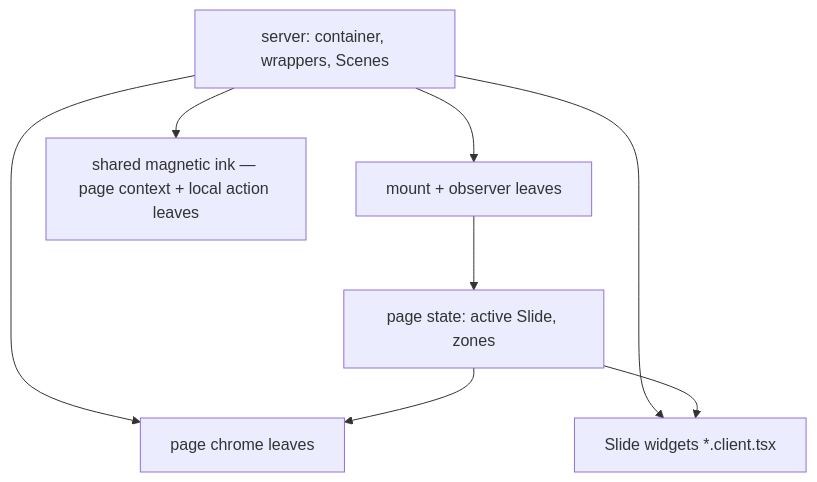
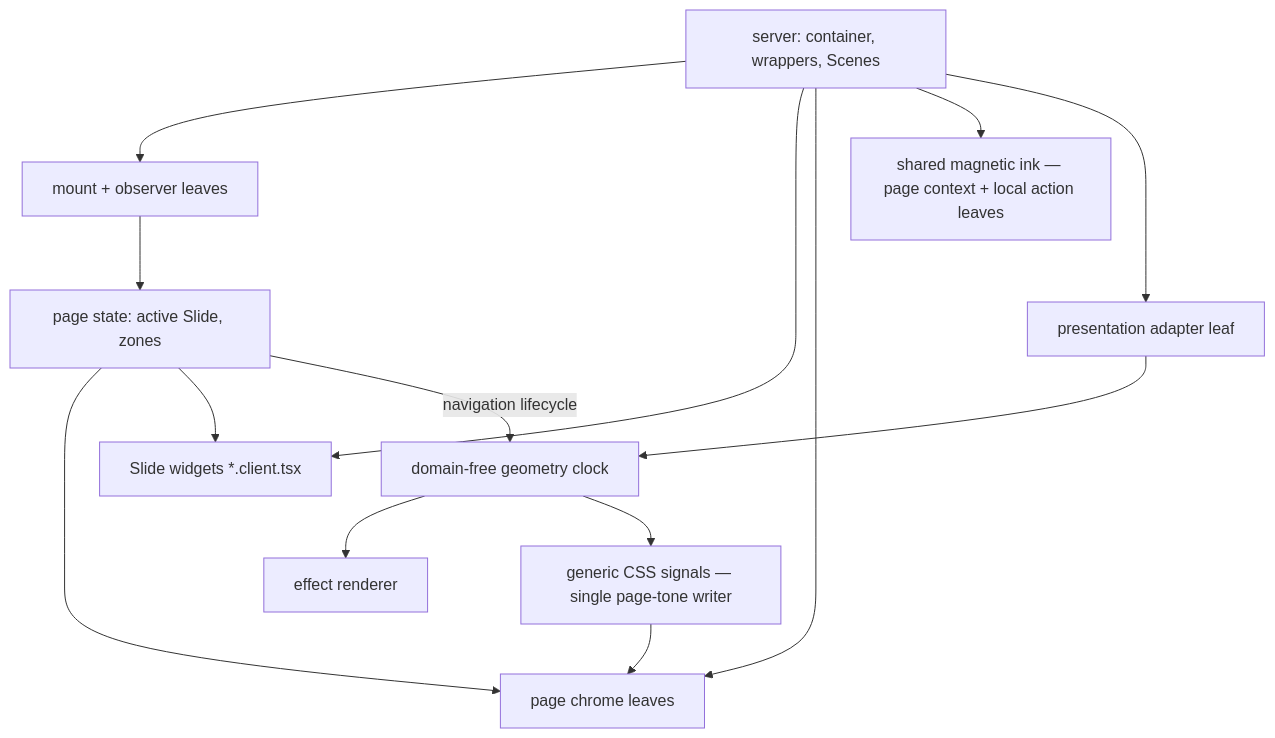
One commit to hancrafted/content-library changed the fifth of 5 diagrams in .archgate/adrs/FE-004-slide-architecture.md. Above: the diagram before and after it, drawn with Mermaid. The commit also changed other lines of this file and 5 other files, not shown here.

````diff
--- a/.archgate/adrs/FE-004-slide-architecture.md
+++ b/.archgate/adrs/FE-004-slide-architecture.md
@@ -97,10 +100,16 @@
 ```mermaid
 flowchart TD
   S["server: container, wrappers, Scenes"] --> M["mount + observer leaves"]
   S --> X["Slide widgets *.client.tsx"]
   S --> CL["page chrome leaves"]
   M --> ST["page state: active Slide, zones"]
   ST --> CL
   ST --> X
   S --> IP["shared magnetic ink — page context + local action leaves"]
+  S --> PA["presentation adapter leaf"]
+  PA --> CK["domain-free geometry clock"]
+  ST -- "navigation lifecycle" --> CK
+  CK --> FX["effect renderer"]
+  CK --> SG["generic CSS signals — single page-tone writer"]
+  SG --> CL
 ```
````
